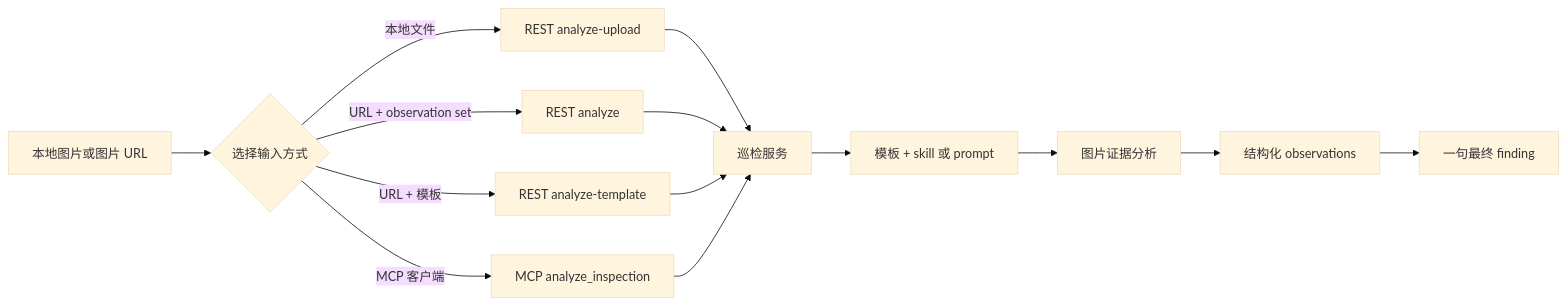
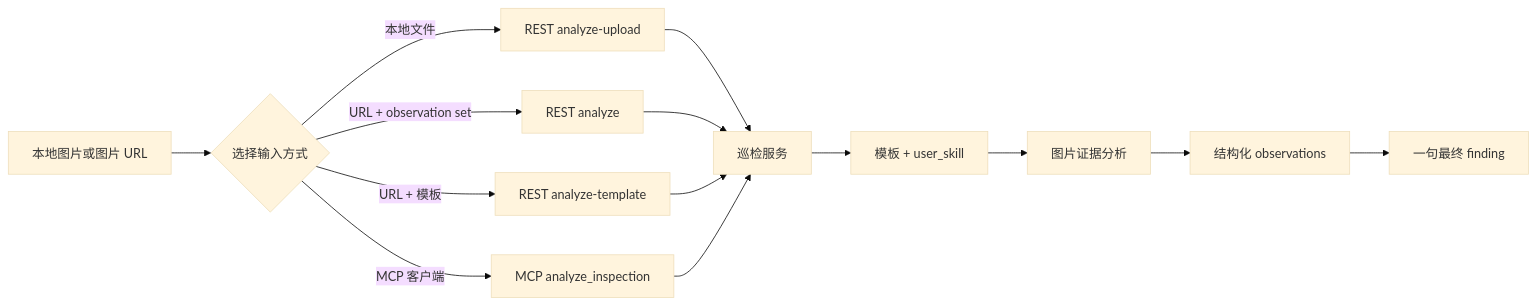
The diagram in README_cn.md (archclaw/open-inspection-registry), drawn with Mermaid (base theme) before and after one commit. The commit also changed other lines of this file and 2 other files, not shown here.

````diff
--- a/README_cn.md
+++ b/README_cn.md
@@ -48,16 +64,16 @@
 ```mermaid
 flowchart LR
     A[本地图片或图片 URL] --> B{选择输入方式}
     B -->|本地文件| C[REST analyze-upload]
     B -->|URL + observation set| D[REST analyze]
     B -->|URL + 模板| E[REST analyze-template]
     B -->|MCP 客户端| F[MCP analyze_inspection]
     C --> G[巡检服务]
     D --> G
     E --> G
     F --> G
-    G --> H[模板 + skill 或 prompt]
+    G --> H[模板 + user_skill]
     H --> I[图片证据分析]
     I --> J[结构化 observations]
     J --> K[一句最终 finding]
 ```
````
